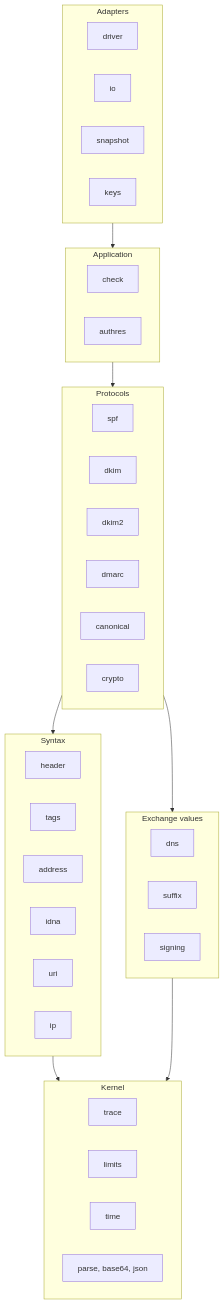
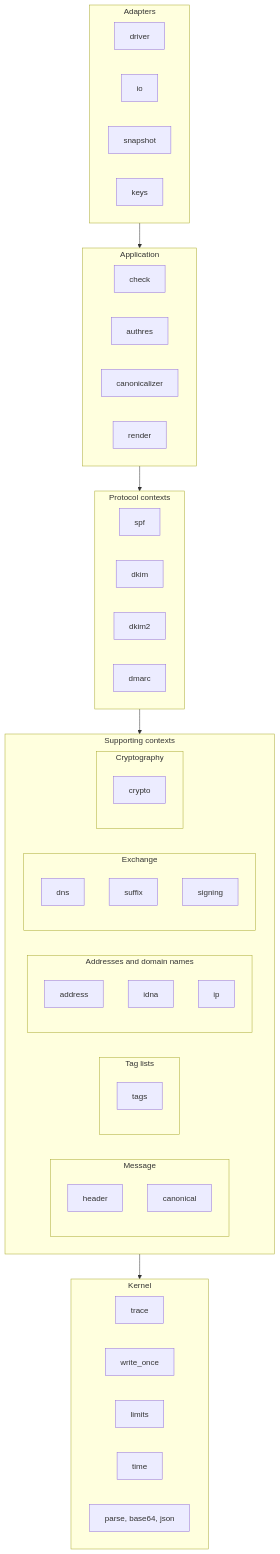
The first of 3 diagrams in docs/reference/design/modules.md (photom/hallmark), drawn with Mermaid before and after one commit. The commit also changed other lines of this file and 16 other files, not shown here.

First line of the commit message:
Design the internal modules, and separate the external and internal architecture (#18)

````diff
--- a/docs/reference/design/modules.md
+++ b/docs/reference/design/modules.md
@@ -38,46 +21,54 @@
 ```mermaid
 flowchart TB
     subgraph adapters["Adapters"]
         driver["driver"]
         io["io"]
         snapshot["snapshot"]
         keys["keys"]
     end
     subgraph application["Application"]
         check["check"]
         authres["authres"]
+        canonicalizer["canonicalizer"]
+        render["render"]
     end
-    subgraph protocols["Protocols"]
+    subgraph protocols["Protocol contexts"]
         spf["spf"]
         dkim["dkim"]
         dkim2["dkim2"]
         dmarc["dmarc"]
-        canonical["canonical"]
-        crypto["crypto"]
     end
-    subgraph syntax["Syntax"]
-        header["header"]
-        tags["tags"]
-        address["address"]
-        idna["idna"]
-        uri["uri"]
-        ip["ip"]
-    end
-    subgraph exchange["Exchange values"]
-        dns["dns"]
-        suffix["suffix"]
-        signing["signing"]
+    subgraph supporting["Supporting contexts"]
+        subgraph message["Message"]
+            header["header"]
+            canonical["canonical"]
+        end
+        subgraph taglists["Tag lists"]
+            tags["tags"]
+        end
+        subgraph addresses["Addresses and domain names"]
+            address["address"]
+            idna["idna"]
+            ip["ip"]
+        end
+        subgraph exchange["Exchange"]
+            dns["dns"]
+            suffix["suffix"]
+            signing["signing"]
+        end
+        subgraph cryptography["Cryptography"]
+            crypto["crypto"]
+        end
     end
     subgraph kernel["Kernel"]
         trace["trace"]
+        writeonce["write_once"]
         limits["limits"]
         time["time"]
         helpers["parse, base64, json"]
     end
     adapters --> application
     application --> protocols
-    protocols --> syntax
-    protocols --> exchange
-    syntax --> kernel
-    exchange --> kernel
+    protocols --> supporting
+    supporting --> kernel
 ```
````
